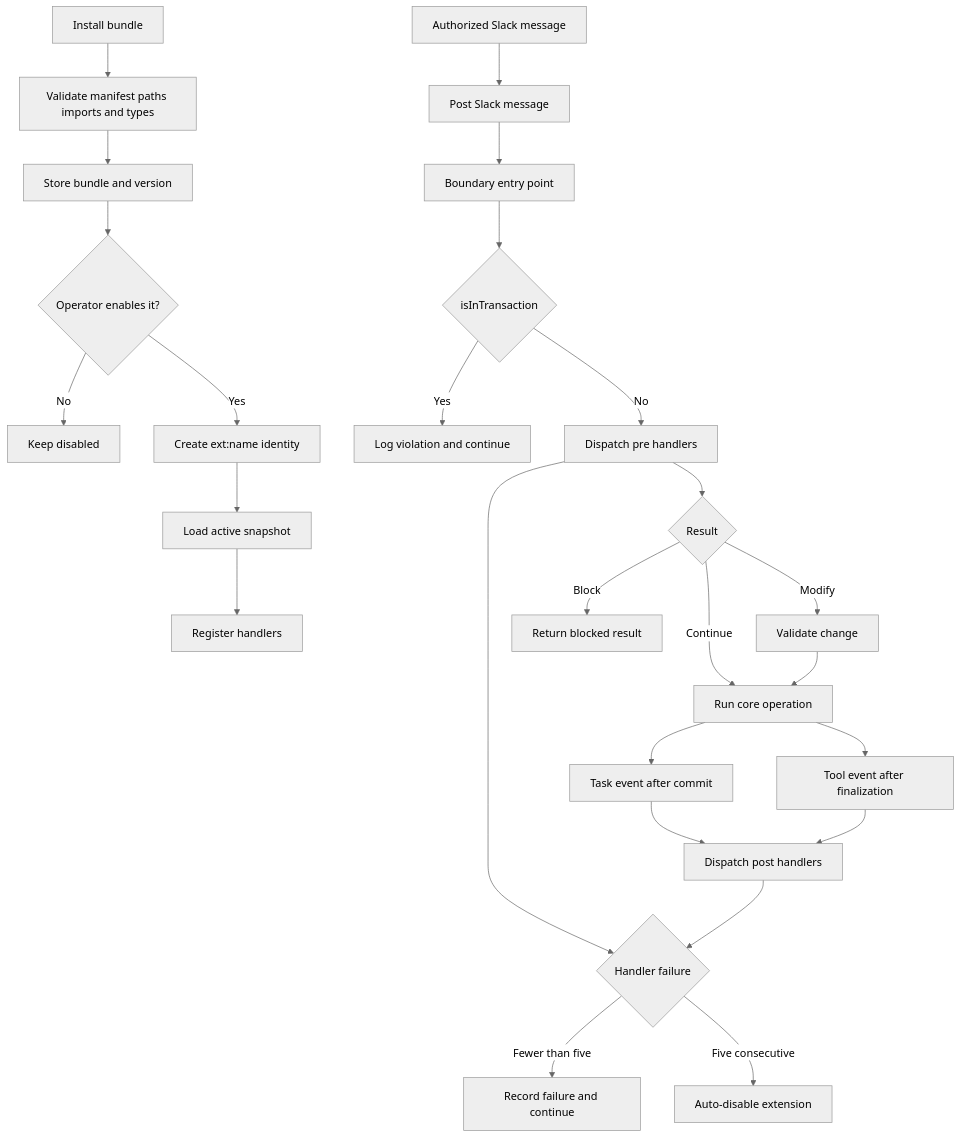
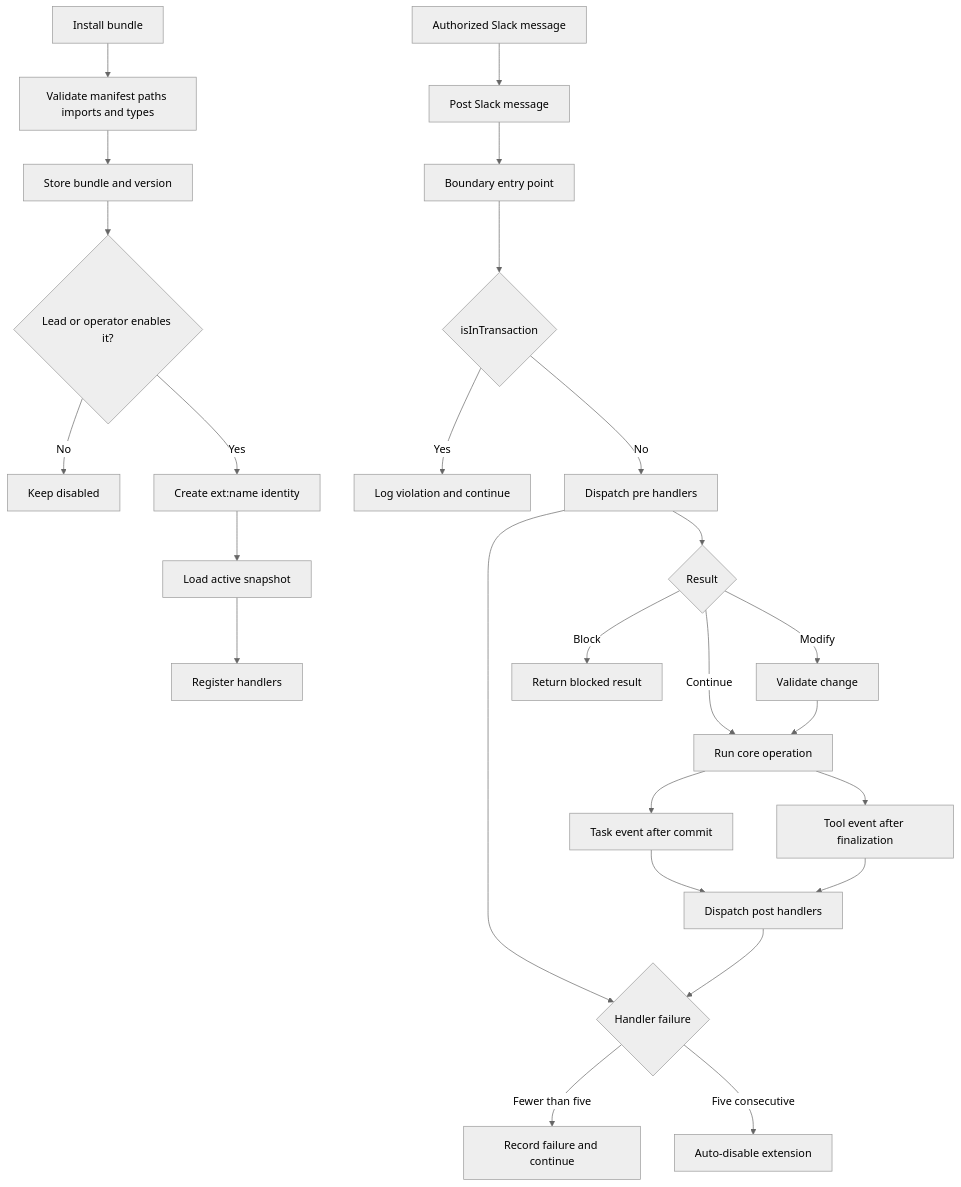
The diagram in runbooks/extensions.md (desplega-ai/agent-swarm), drawn with Mermaid (neutral theme) before and after one commit. The commit also changed other lines of this file and 23 other files, not shown here.

````diff
--- a/runbooks/extensions.md
+++ b/runbooks/extensions.md
@@ -43,28 +45,28 @@
 ```mermaid
 flowchart TD
     A[Install bundle] --> B[Validate manifest paths imports and types]
     B --> C[Store bundle and version]
-    C --> D{Operator enables it?}
+    C --> D{Lead or operator enables it?}
     D -- No --> E[Keep disabled]
     D -- Yes --> F[Create ext:name identity]
     F --> G[Load active snapshot]
     G --> H[Register handlers]
     I[Boundary entry point] --> J{isInTransaction}
     J -- Yes --> K[Log violation and continue]
     J -- No --> L[Dispatch pre handlers]
     L --> M{Result}
     M -- Continue --> N[Run core operation]
     M -- Modify --> O[Validate change]
     O --> N
     M -- Block --> P[Return blocked result]
     N --> Q[Task event after commit]
     N --> R[Tool event after finalization]
     V[Authorized Slack message] --> W[Post Slack message]
     W --> I
     Q --> X[Dispatch post handlers]
     R --> X
     L --> S{Handler failure}
     X --> S
     S -- Fewer than five --> T[Record failure and continue]
     S -- Five consecutive --> U[Auto-disable extension]
 ```
````
